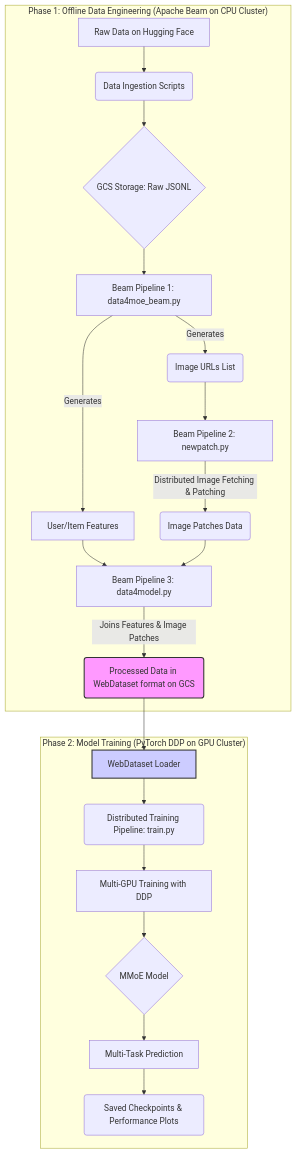
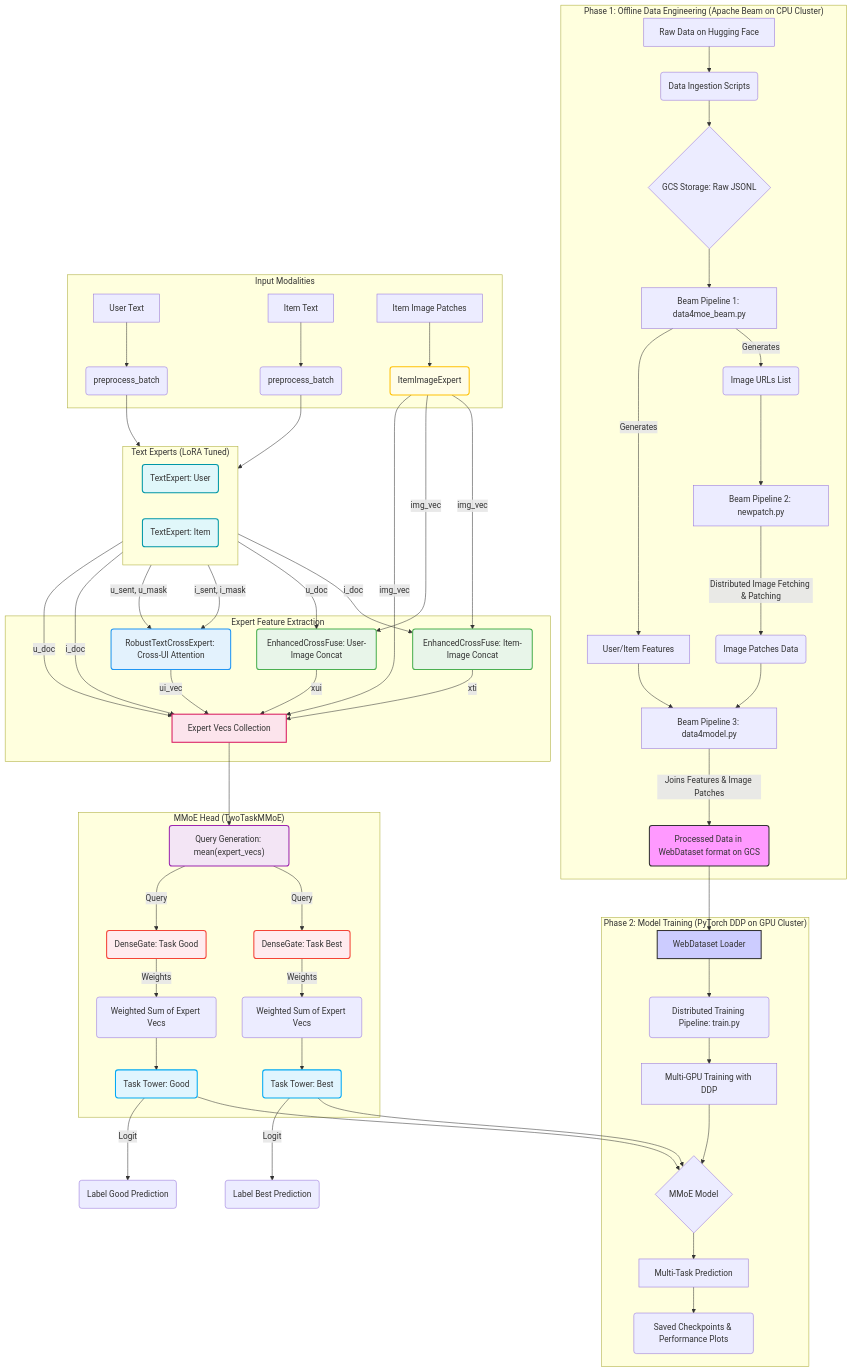
Before and after one commit to JingxiangQU/mmoe-multimodal-rec: the diagram in README.md, drawn with Mermaid.

Commit message:
README.md

````diff
--- a/README.md
+++ b/README.md
@@ -26,5 +26,6 @@
 ```mermaid
 graph TD
+    %% High-Level Pipeline
     subgraph "Phase 1: Offline Data Engineering (Apache Beam on CPU Cluster)"
         A[Raw Data on Hugging Face] --> B(Data Ingestion Scripts);
         B --> C{GCS Storage: Raw JSONL};
@@ -46,6 +47,70 @@
         O --> P(Saved Checkpoints & Performance Plots);
     end
 
+    %% Detailed MMoE Model Structure
+    subgraph "Input Modalities"
+        U[User Text] --> P1(preprocess_batch);
+        I_text[Item Text] --> P2(preprocess_batch);
+        IMG[Item Image Patches] --> IIME(ItemImageExpert);
+    end
+
+    subgraph "Text Experts (LoRA Tuned)"
+        direction LR
+        P1 --> UE(TextExpert: User);
+        P2 --> IE(TextExpert: Item);
+    end
+
+    subgraph "Expert Feature Extraction"
+        UE -- u_doc --> MM1[Expert Vecs Collection];
+        IE -- i_doc --> MM1;
+        IIME -- img_vec --> MM1;
+
+        UE -- u_sent, u_mask --> RC(RobustTextCrossExpert: Cross-UI Attention);
+        IE -- i_sent, i_mask --> RC;
+        RC -- ui_vec --> MM1;
+
+        UE -- u_doc --> CUI(EnhancedCrossFuse: User-Image Concat);
+        IIME -- img_vec --> CUI;
+        CUI -- xui --> MM1;
+
+        IE -- i_doc --> CTI(EnhancedCrossFuse: Item-Image Concat);
+        IIME -- img_vec --> CTI;
+        CTI -- xti --> MM1;
+    end
+
+    subgraph "MMoE Head (TwoTaskMMoE)"
+        MM1 --> QH("Query Generation: mean(expert_vecs)");
+
+        QH -- Query --> G1(DenseGate: Task Good);
+        QH -- Query --> G2(DenseGate: Task Best);
+
+        G1 -- Weights --> F1(Weighted Sum of Expert Vecs);
+        G2 -- Weights --> F2(Weighted Sum of Expert Vecs);
+
+        F1 --> T1(Task Tower: Good);
+        F2 --> T2(Task Tower: Best);
+    end
+
+    T1 -- Logit --> L_GOOD(Label Good Prediction);
+    T2 -- Logit --> L_BEST(Label Best Prediction);
+
+    %% Arrow connecting the detailed view to the high-level block
+    T1 --> N;
+    T2 --> N;
+
+    %% Styling
     style J fill:#f9f,stroke:#333,stroke-width:2px
     style K fill:#ccf,stroke:#333,stroke-width:2px
+    style UE fill:#e0f7fa,stroke:#0097a7,stroke-width:2px
+    style IE fill:#e0f7fa,stroke:#0097a7,stroke-width:2px
+    style IIME fill:#fffde7,stroke:#ffc107,stroke-width:2px
+    style RC fill:#e3f2fd,stroke:#2196f3,stroke-width:2px
+    style CUI fill:#e8f5e9,stroke:#4caf50,stroke-width:2px
+    style CTI fill:#e8f5e9,stroke:#4caf50,stroke-width:2px
+    style MM1 fill:#fce4ec,stroke:#d81b60,stroke-width:2px
+    style QH fill:#f3e5f5,stroke:#9c27b0,stroke-width:2px
+    style G1 fill:#ffebee,stroke:#f44336,stroke-width:2px
+    style G2 fill:#ffebee,stroke:#f44336,stroke-width:2px
+    style T1 fill:#e1f5fe,stroke:#03a9f4,stroke-width:2px
+    style T2 fill:#e1f5fe,stroke:#03a9f4,stroke-width:2px
 ```
````
